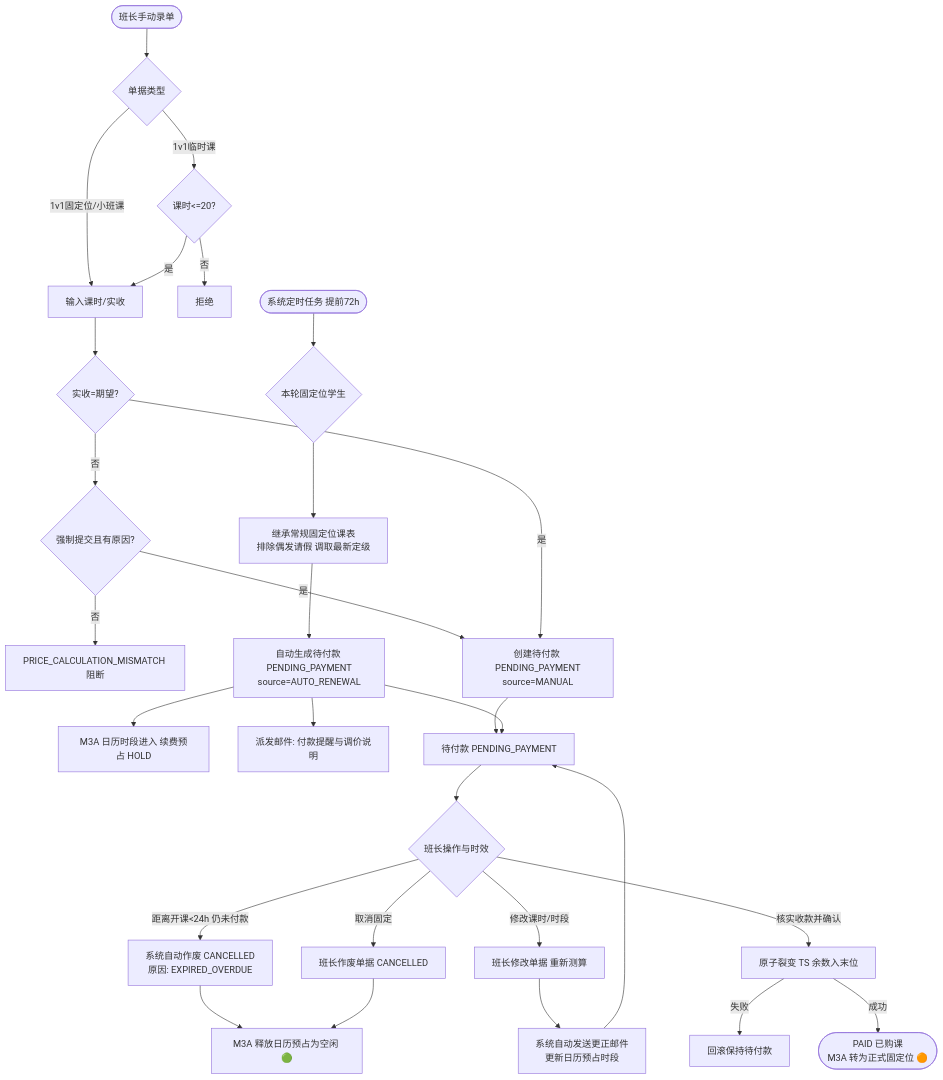
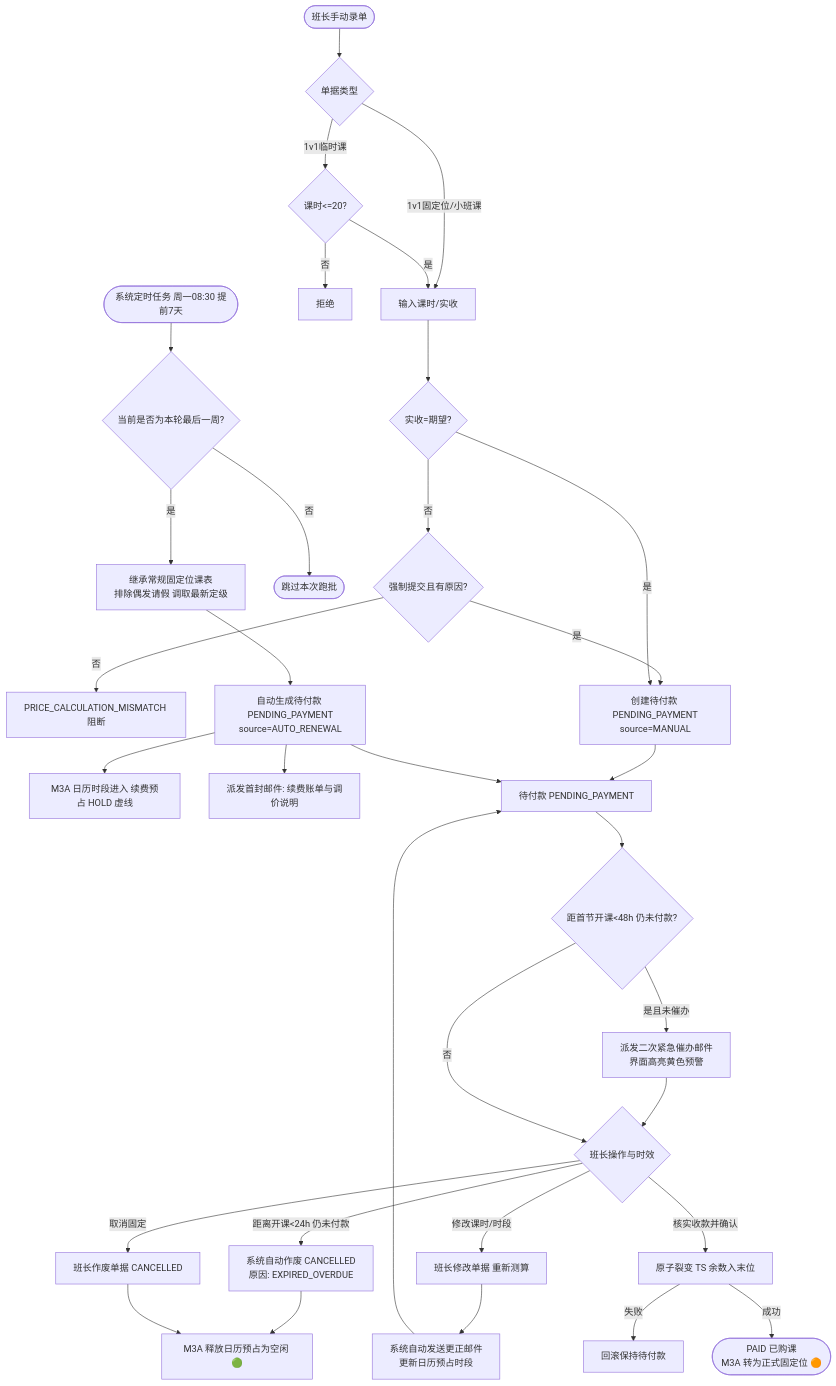
The diagram in docs/prd/m2a_course_orders.md (Onezao/dream), drawn with Mermaid before and after one commit. The commit also changed other lines of this file and 30 other files, not shown here.

Commit message:
feat: update courseware PRD, renewal HOLD specs, calendar grid booking flow and prototype refinements

````diff
--- a/docs/prd/m2a_course_orders.md
+++ b/docs/prd/m2a_course_orders.md
@@ -242,37 +246,42 @@
 ```mermaid
 flowchart TD
     StartManual([班长手动录单]) --> Type{单据类型}
     Type -- 1v1固定位/小班课 --> Input[输入课时/实收]
     Type -- 1v1临时课 --> Limit{课时<=20?}
     Limit -- 否 --> Reject1[拒绝]
     Limit -- 是 --> Input
     Input --> Check{实收=期望?}
     Check -- 否 --> Force{强制提交且有原因?}
     Force -- 否 --> Block[PRICE_CALCULATION_MISMATCH 阻断]
     Force -- 是 --> CreateManual[创建待付款 PENDING_PAYMENT\nsource=MANUAL]
     Check -- 是 --> CreateManual
     
-    StartAuto([系统定时任务 提前72h]) --> Scan{本轮固定位学生}
-    Scan --> Calc[继承常规固定位课表\n排除偶发请假 调取最新定级]
+    StartAuto([系统定时任务 周一08:30 提前7天]) --> Scan{当前是否为本轮最后一周?}
+    Scan -- 否 --> EndAuto([跳过本次跑批])
+    Scan -- 是 --> Calc[继承常规固定位课表\n排除偶发请假 调取最新定级]
     Calc --> CreateAuto[自动生成待付款 PENDING_PAYMENT\nsource=AUTO_RENEWAL]
-    CreateAuto --> HoldGrid[M3A 日历时段进入 续费预占 HOLD]
-    CreateAuto --> SendMail[派发邮件: 付款提醒与调价说明]
+    CreateAuto --> HoldGrid[M3A 日历时段进入 续费预占 HOLD 虚线]
+    CreateAuto --> SendMail[派发首封邮件: 续费账单与调价说明]
     
     CreateManual --> PendingState[待付款 PENDING_PAYMENT]
     CreateAuto --> PendingState
     
-    PendingState --> MonitorAction{班长操作与时效}
+    PendingState --> CheckUrgent{距首节开课<48h 仍未付款?}
+    CheckUrgent -- 是且未催办 --> SendUrgent[派发二次紧急催办邮件\n界面高亮黄色预警]
+    SendUrgent --> MonitorAction{班长操作与时效}
+    CheckUrgent -- 否 --> MonitorAction
+    
     MonitorAction -- 距离开课<24h 仍未付款 --> AutoExpire[系统自动作废 CANCELLED\n原因: EXPIRED_OVERDUE]
     AutoExpire --> ReleaseGrid[M3A 释放日历预占为空闲 🟢]
     
     MonitorAction -- 修改课时/时段 --> EditOrder[班长修改单据 重新测算]
     EditOrder --> ReMail[系统自动发送更正邮件\n更新日历预占时段]
     ReMail --> PendingState
     
     MonitorAction -- 取消固定 --> ManualCancel[班长作废单据 CANCELLED]
     ManualCancel --> ReleaseGrid
     
     MonitorAction -- 核实收款并确认 --> Fission[原子裂变 TS 余数入末位]
     Fission -- 失败 --> Rollback[回滚保持待付款]
     Fission -- 成功 --> Paid([PAID 已购课\nM3A 转为正式固定位 🟠])
 ```
````
